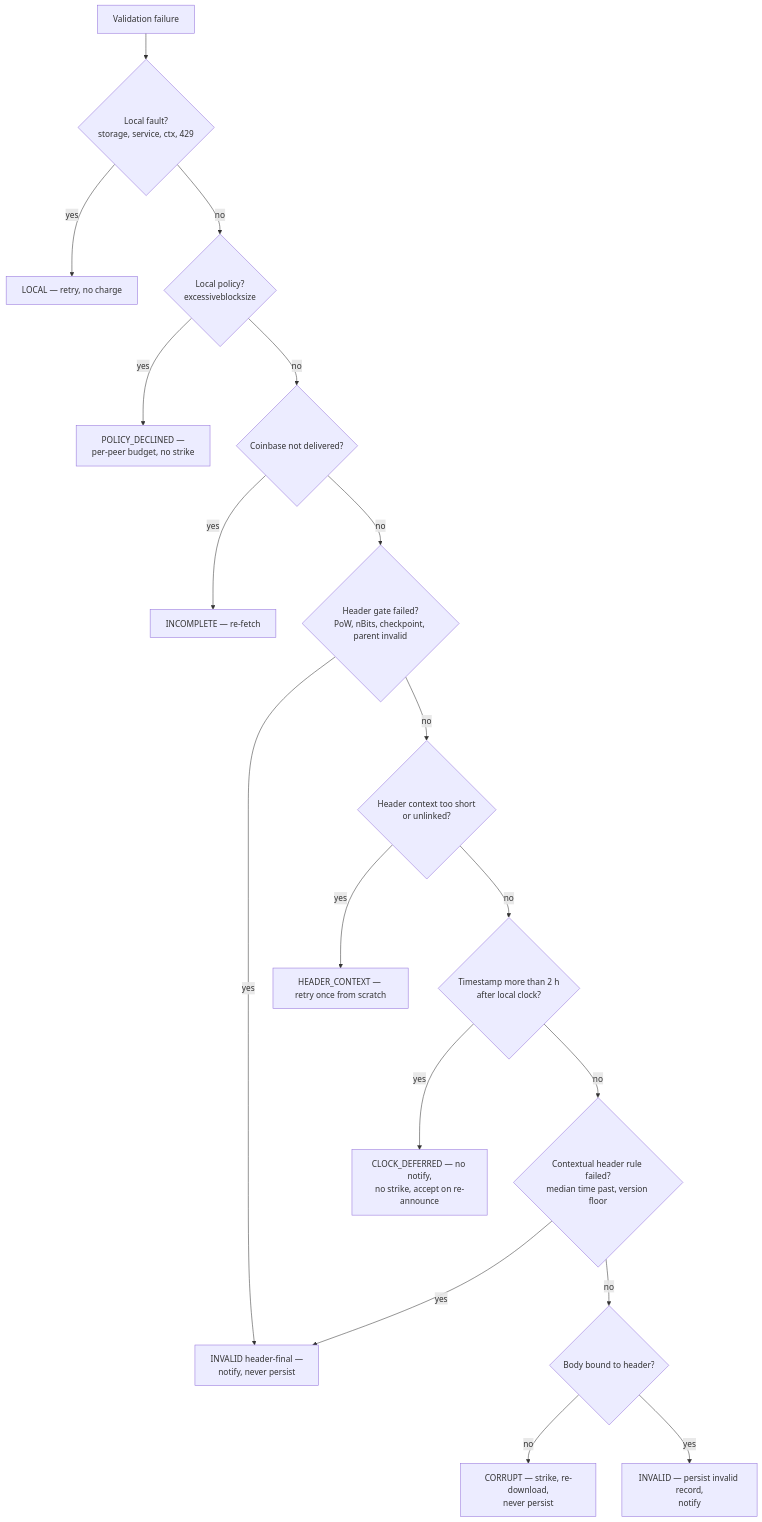
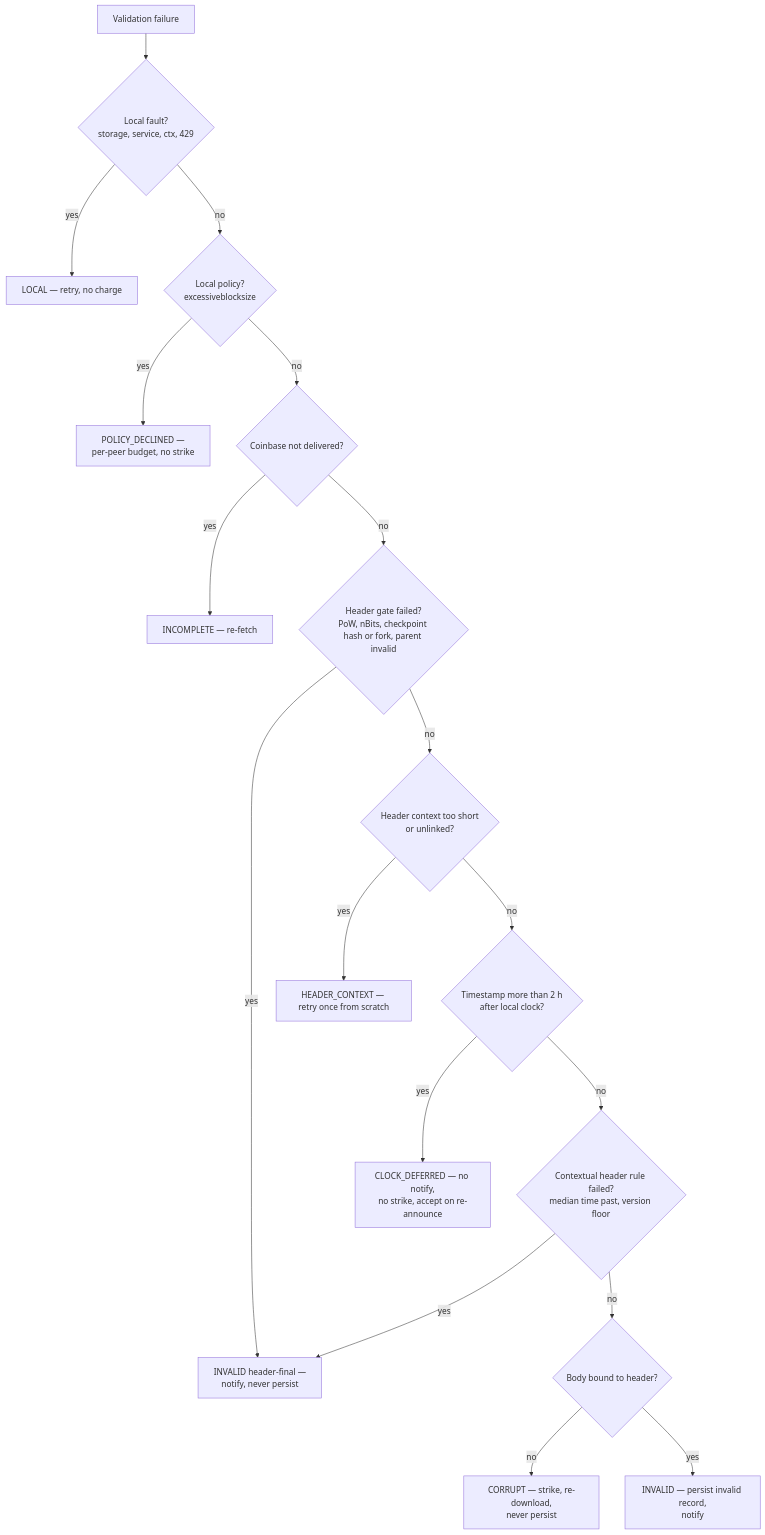
The fourth of 5 diagrams in services/blockvalidation/spec.md (bsv-blockchain/teranode), drawn with Mermaid before and after one commit. The commit also changed other lines of this file and 2 other files, not shown here.

First line of the commit message:
review-fix: specify passed-checkpoint fork rejection

````diff
--- a/services/blockvalidation/spec.md
+++ b/services/blockvalidation/spec.md
@@ -1067,20 +1073,20 @@
 ```mermaid
 flowchart TD
     A[Validation failure] --> B{Local fault?<br/>storage, service, ctx, 429}
     B -- yes --> LOCAL[LOCAL — retry, no charge]
     B -- no --> E{Local policy?<br/>excessiveblocksize}
     E -- yes --> POL[POLICY_DECLINED —<br/>per-peer budget, no strike]
     E -- no --> F{Coinbase not delivered?}
     F -- yes --> INC[INCOMPLETE — re-fetch]
-    F -- no --> D{Header gate failed?<br/>PoW, nBits, checkpoint, parent invalid}
+    F -- no --> D{Header gate failed?<br/>PoW, nBits, checkpoint hash or fork, parent invalid}
     D -- yes --> HF[INVALID header-final —<br/>notify, never persist]
     D -- no --> C{Header context too short<br/>or unlinked?}
     C -- yes --> HC[HEADER_CONTEXT — retry once from scratch]
     C -- no --> T{Timestamp more than 2 h<br/>after local clock?}
     T -- yes --> CD[CLOCK_DEFERRED — no notify,<br/>no strike, accept on re-announce]
     T -- no --> H{Contextual header rule failed?<br/>median time past, version floor}
     H -- yes --> HF
     H -- no --> G{Body bound to header?}
     G -- no --> COR[CORRUPT — strike, re-download,<br/>never persist]
     G -- yes --> INV[INVALID — persist invalid record,<br/>notify]
 ```
````
